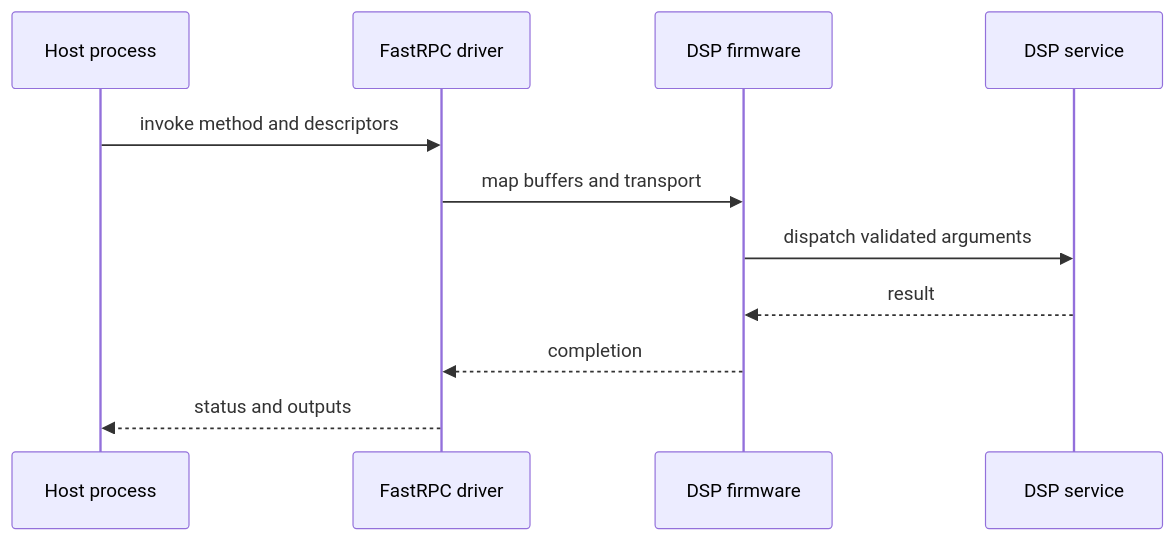
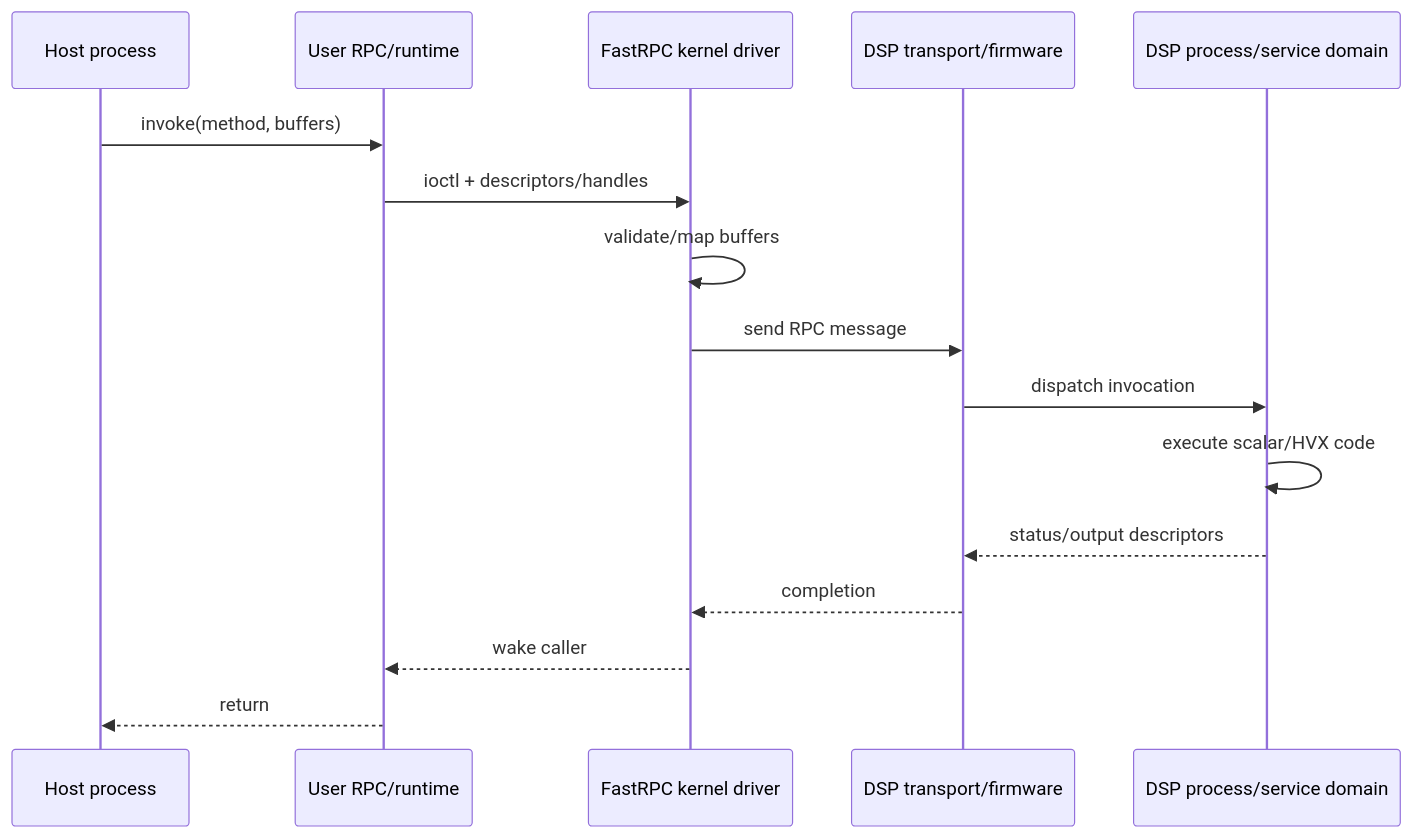
One commit to abhishekkumardwivedi/abhishekkumardwivedi.github.io changed the diagram in src/content/docs/articles/qualcomm-dsp-domains.md. Above: the diagram before and after it, drawn with Mermaid. The commit also changed other lines of this file and 7 other files, not shown here.

````diff
--- a/src/content/docs/articles/qualcomm-dsp-domains.md
+++ b/src/content/docs/articles/qualcomm-dsp-domains.md
@@ -21,13 +29,18 @@
 ```mermaid
 sequenceDiagram
-    participant A as Host process
-    participant K as FastRPC driver
-    participant F as DSP firmware
-    participant S as DSP service
-    A->>K: invoke method and descriptors
-    K->>F: map buffers and transport
-    F->>S: dispatch validated arguments
-    S-->>F: result
+    participant App as Host process
+    participant Lib as User RPC/runtime
+    participant K as FastRPC kernel driver
+    participant F as DSP transport/firmware
+    participant PD as DSP process/service domain
+    App->>Lib: invoke(method, buffers)
+    Lib->>K: ioctl + descriptors/handles
+    K->>K: validate/map buffers
+    K->>F: send RPC message
+    F->>PD: dispatch invocation
+    PD->>PD: execute scalar/HVX code
+    PD-->>F: status/output descriptors
     F-->>K: completion
-    K-->>A: status and outputs
+    K-->>Lib: wake caller
+    Lib-->>App: return
 ```
````
